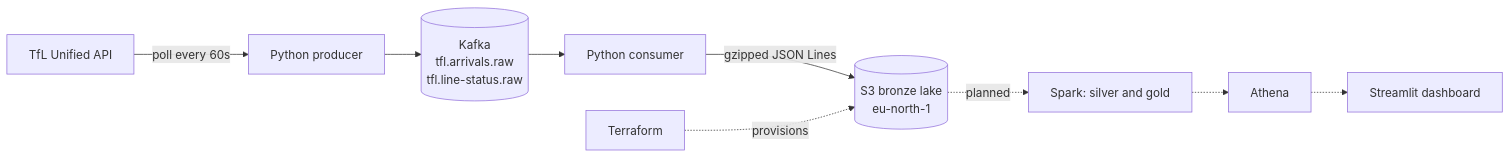
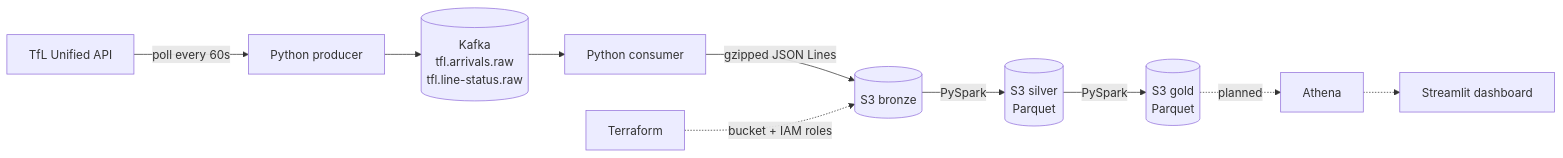
The diagram in README.md (Muhammad234871/tfl-streaming-pipeline), drawn with Mermaid before and after one commit. The commit also changed other lines of this file, not shown here.

Commit message:
Update README for Phase 3: data model, gold modelling rules, Spark on S3

````diff
--- a/README.md
+++ b/README.md
@@ -15,11 +18,12 @@
 ```mermaid
 flowchart LR
     A[TfL Unified API] -->|poll every 60s| B[Python producer]
     B --> C[(Kafka<br/>tfl.arrivals.raw<br/>tfl.line-status.raw)]
     C --> D[Python consumer]
-    D -->|gzipped JSON Lines| E[(S3 bronze lake<br/>eu-north-1)]
-    T[Terraform] -.->|provisions| E
-    E -.->|planned| F[Spark: silver and gold]
-    F -.-> G[Athena]
-    G -.-> H[Streamlit dashboard]
+    D -->|gzipped JSON Lines| E[(S3 bronze)]
+    E -->|PySpark| F[(S3 silver<br/>Parquet)]
+    F -->|PySpark| G[(S3 gold<br/>Parquet)]
+    T[Terraform] -.->|bucket + IAM roles| E
+    G -.->|planned| H[Athena]
+    H -.-> I[Streamlit dashboard]
 ```
````
